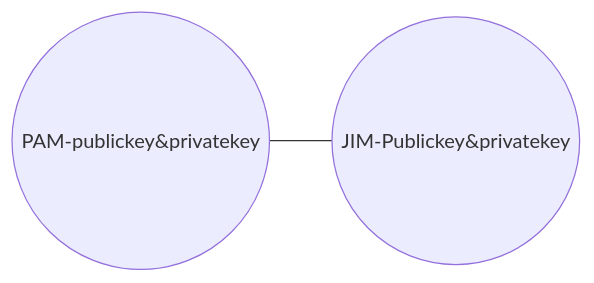
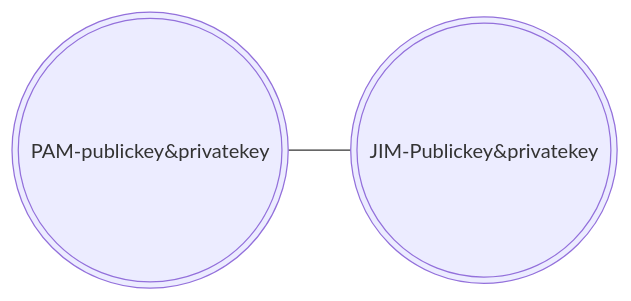
One commit to Rajeev-Tamang/OpenSSL changed diagram 14 of 14 in README.md. Above: the diagram before and after it, drawn with Mermaid.

````diff
--- a/README.md
+++ b/README.md
@@ -305,4 +305,4 @@
    ```mermaid
       graph LR
-      PAM((PAM-publickey&privatekey))---JIM((JIM-Publickey&privatekey))
+      PAM(((PAM-publickey&privatekey)))---JIM(((JIM-Publickey&privatekey)))
    ```
````
